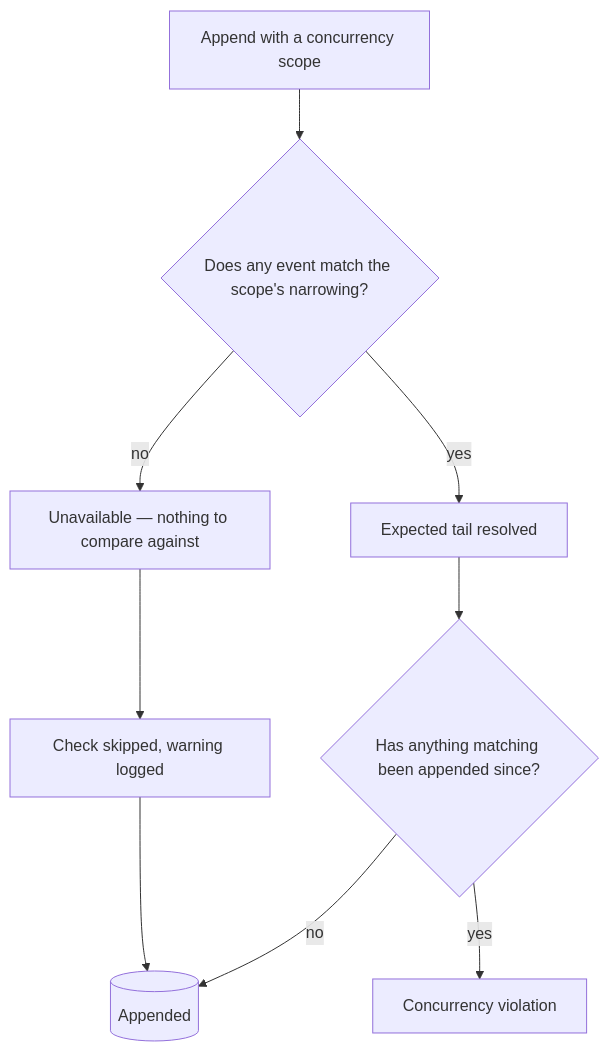
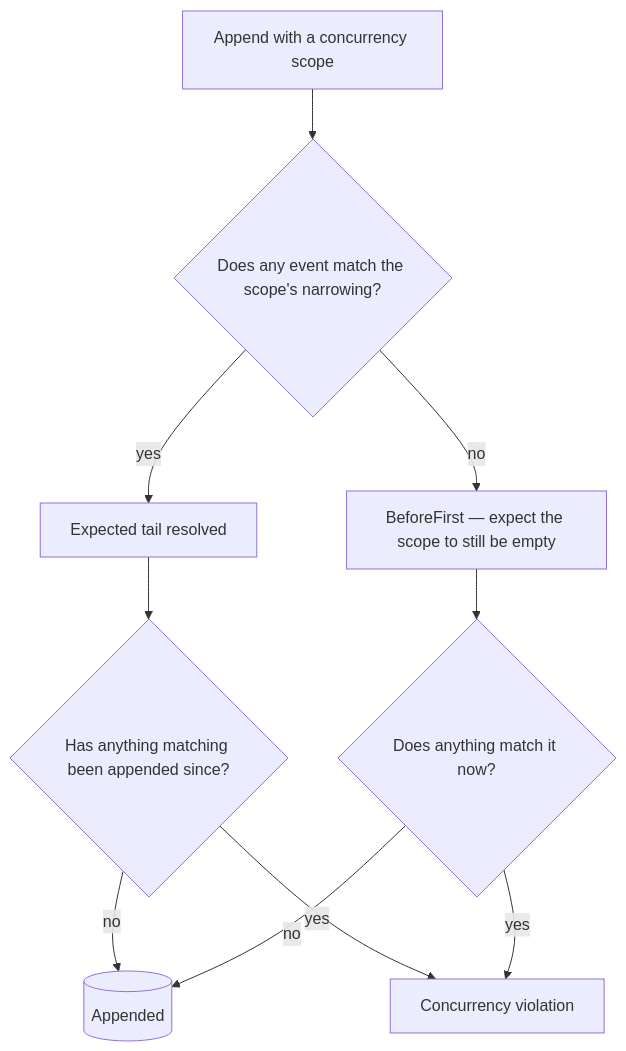
One commit to Cratis/Chronicle changed the diagram in Documentation/events/concurrency.mdx. Above: the diagram before and after it, drawn with Mermaid. The commit also changed other lines of this file and 1 other file, not shown here.

First line of the commit message:
Document the checked first append into a concurrency scope

````diff
--- a/Documentation/events/concurrency.mdx
+++ b/Documentation/events/concurrency.mdx
@@ -90,11 +90,12 @@
 ```mermaid
 flowchart TD
     A[Append with a concurrency scope] --> T{"Does any event match the scope's narrowing?"}
     T -->|yes| E[Expected tail resolved]
     E --> V{"Has anything matching been appended since?"}
     V -->|no| K[(Appended)]
     V -->|yes| R[Concurrency violation]
-    T -->|no| U["Unavailable — nothing to compare against"]
-    U --> S[Check skipped, warning logged]
-    S --> K
+    T -->|no| U["BeforeFirst — expect the scope to still be empty"]
+    U --> W{"Does anything match it now?"}
+    W -->|no| K
+    W -->|yes| R
 ```
````
